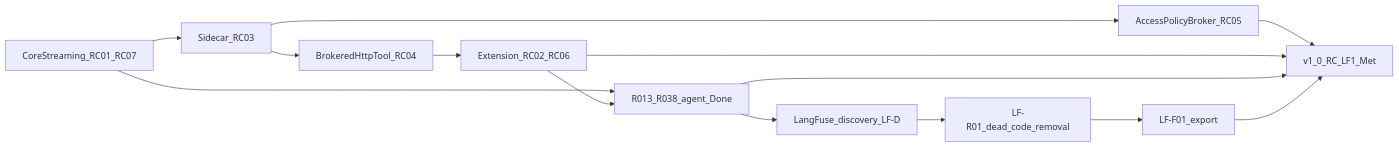
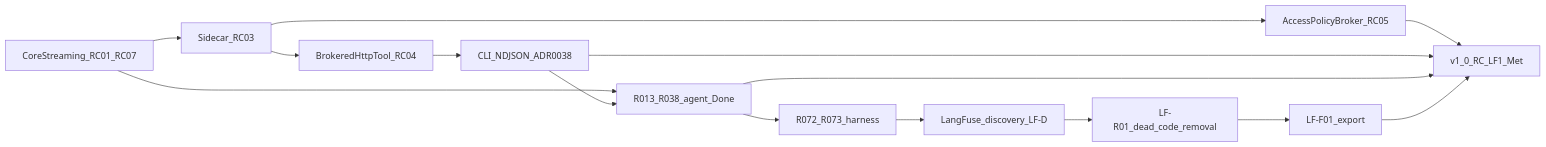
The diagram in docs/ROADMAP.md (thsfranca/rex), drawn with Mermaid before and after one commit. The commit also changed other lines of this file and 14 other files, not shown here.

First line of the commit message:
docs: terminal harness design hub and focus pivot (#334)

````diff
--- a/docs/ROADMAP.md
+++ b/docs/ROADMAP.md
@@ -38,26 +38,28 @@
 ```mermaid
 flowchart LR
  core[CoreStreaming_RC01_RC07]
  side[Sidecar_RC03]
  broker[BrokeredHttpTool_RC04]
- ext[Extension_RC02_RC06]
+ cliClient[CLI_NDJSON_ADR0038]
  policyBroker[AccessPolicyBroker_RC05]
  agent[R013_R038_agent_Done]
+ terminalHarness[R072_R073_harness]
  langfuseDisc[LangFuse_discovery_LF-D]
  langfuseRm[LF-R01_dead_code_removal]
  langfuseImpl[LF-F01_export]
  v1[v1_0_RC_LF1_Met]
  core --> side
  side --> broker
- broker --> ext
+ broker --> cliClient
  side --> policyBroker
  core --> agent
- ext --> agent
- agent --> langfuseDisc
+ cliClient --> agent
+ agent --> terminalHarness
+ terminalHarness --> langfuseDisc
  langfuseDisc --> langfuseRm
  langfuseRm --> langfuseImpl
  policyBroker --> v1
- ext --> v1
+ cliClient --> v1
  agent --> v1
  langfuseImpl --> v1
 ```
````
